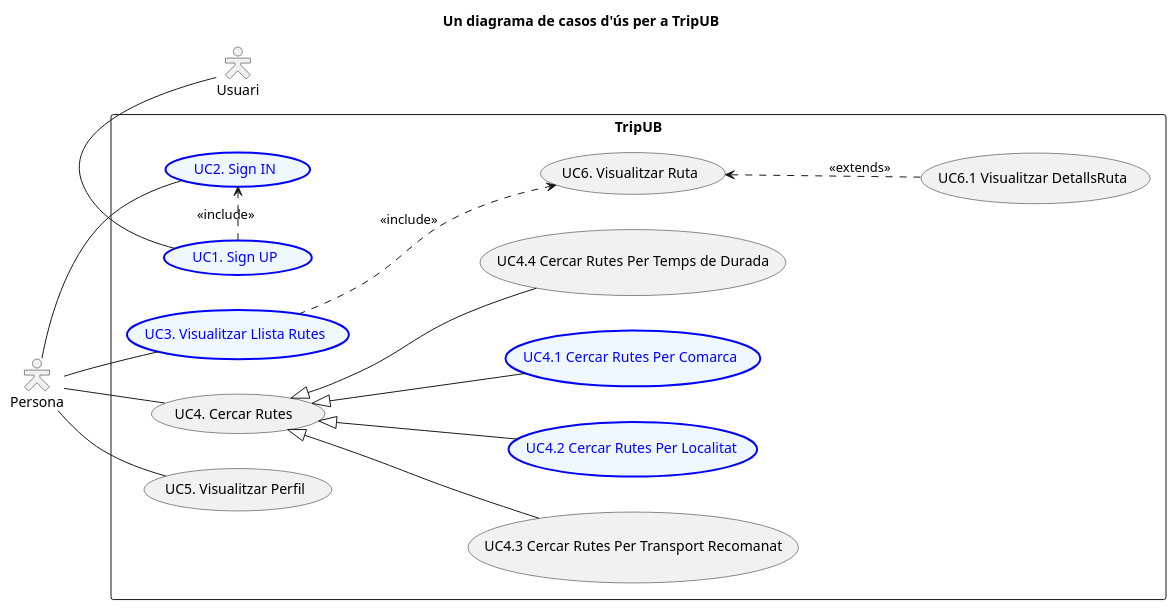
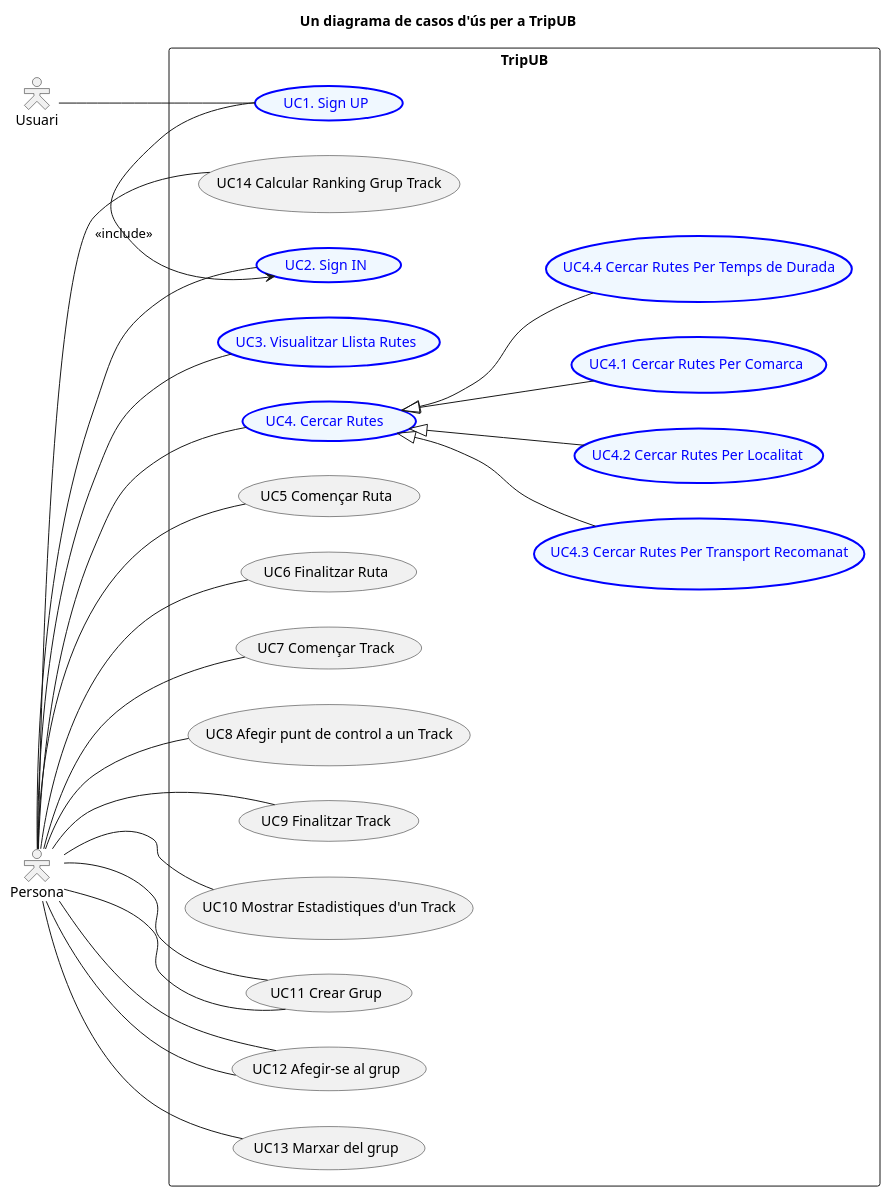
Before and after one commit to Samot2003/p3-tripu-dao-a12_reava: the diagram in doc/TripUB-DCU-Basic.puml, drawn with PlantUML. The commit also changed other lines of this file and 47 other files, not shown here.

Commit message:
He creat el test per cercar rutes per temps de durada i he casi acabat el de cercar per localitas

```diff
--- a/doc/TripUB-DCU-Basic.puml
+++ b/doc/TripUB-DCU-Basic.puml
@@ -1,51 +1,68 @@
 @startuml
 left to right direction
 skinparam packageStyle rect 
 skinparam actorStyle Hollow
 
 title Un diagrama de casos d'ús per a TripUB
 
 actor Usuari as usuari
 actor Persona as persona
 
 rectangle TripUB {
 
 usecase (UC1. Sign UP)  as UC1 #aliceblue;line:blue;line.bold;text:blue
 usecase (UC2. Sign IN) as UC2  #aliceblue;line:blue;line.bold;text:blue
 usecase (UC3. Visualitzar Llista Rutes) as UC3  #aliceblue;line:blue;line.bold;text:blue
-usecase (UC4. Cercar Rutes ) as UC4
-usecase (UC4.3 Cercar Rutes Per Transport Recomanat) as UC43
+usecase (UC4. Cercar Rutes ) as UC4#aliceblue;line:blue;line.bold;text:blue
+usecase (UC4.3 Cercar Rutes Per Transport Recomanat) as UC43#aliceblue;line:blue;line.bold;text:blue
 usecase (UC4.2 Cercar Rutes Per Localitat) as UC42 #aliceblue;line:blue;line.bold;text:blue
 usecase (UC4.1 Cercar Rutes Per Comarca ) as UC41 #aliceblue;line:blue;line.bold;text:blue
-usecase (UC4.4 Cercar Rutes Per Temps de Durada) as UC44
-usecase (UC5. Visualitzar Perfil) as UC5
-usecase (UC6. Visualitzar Ruta) as UC6
-usecase (UC6.1 Visualitzar DetallsRuta) as UC61
+usecase (UC4.4 Cercar Rutes Per Temps de Durada) as UC44#aliceblue;line:blue;line.bold;text:blue
+usecase (UC5 Començar Ruta) as UC5
+usecase (UC6 Finalitzar Ruta) as UC6
+usecase (UC7 Començar Track) as UC7
+usecase (UC8 Afegir punt de control a un Track) as UC8
+usecase (UC9 Finalitzar Track) as UC9
+usecase (UC10 Mostrar Estadistiques d'un Track) as UC10
+usecase (UC11 Crear Grup) as UC11
+usecase (UC12 Afegir-se al grup) as UC12
+usecase (UC13 Marxar del grup) as UC13
+usecase (UC14 Calcular Ranking Grup Track) as UC14
 
 
 
 
-persona - UC2
-usuari - UC1
+persona -- UC2
 
-UC1 .> UC2 : <<include>>
+
+UC1 -> UC2 : <<include>>
 
 
 UC4 <|-- UC41
 UC4 <|-- UC42
 UC4 <|-- UC43
 UC4 <|-- UC44
 
 persona -- UC4
 persona -- UC3
+persona -- UC11
+persona -- UC12
 persona -- UC5
-
-UC3 ..> UC6 : <<include>>
-UC6 <.. UC61: <<extends>>
-
-
-}
+persona -- UC6
+persona -- UC7
+persona -- UC8
+persona -- UC9
+persona -- UC10
+persona -- UC11
+persona -- UC12
+persona -- UC13
+persona -- UC14
 
 
 
+
+
+
+usuari -- UC1
+}
 @enduml
```
